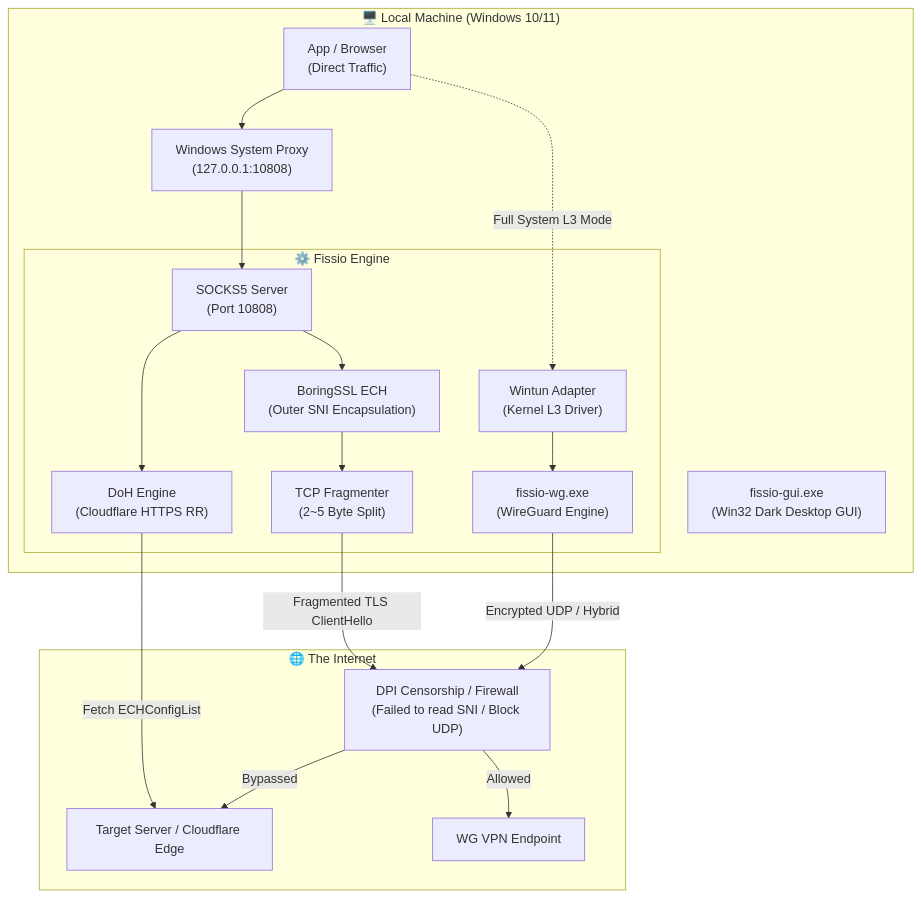
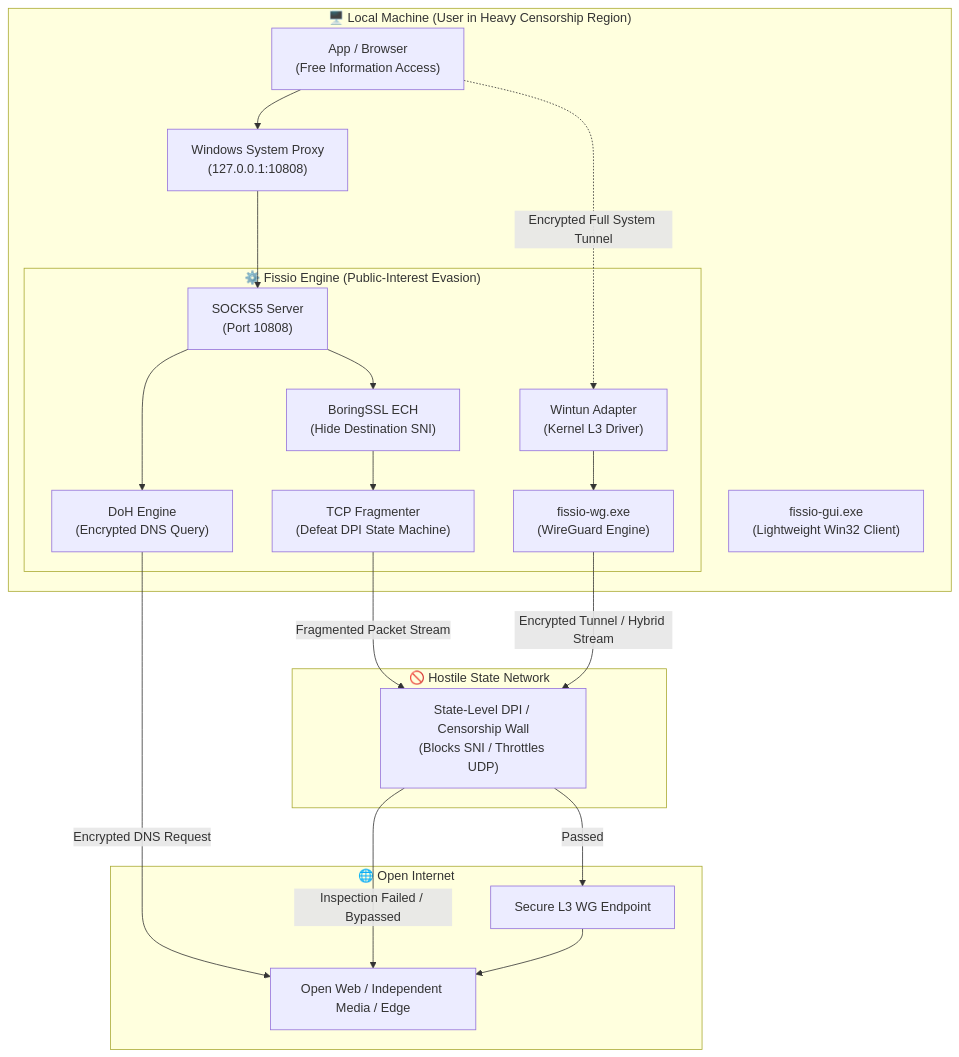
Before and after one commit to klasjd/project_Fissio: the diagram in README.md, drawn with Mermaid. The commit also changed other lines of this file, not shown here.

Commit message:
Update README: Focus on public-interest anti-censorship mission

````diff
--- a/README.md
+++ b/README.md
@@ -73,37 +77,41 @@
 ```mermaid
 flowchart TD
-    subgraph Client ["🖥️ Local Machine (Windows 10/11)"]
-        Browser["App / Browser\n(Direct Traffic)"]
+    subgraph Client ["🖥️ Local Machine (User in Heavy Censorship Region)"]
+        Browser["App / Browser\n(Free Information Access)"]
         WinProxy["Windows System Proxy\n(127.0.0.1:10808)"]
-        FissioGui["fissio-gui.exe\n(Win32 Dark Desktop GUI)"]
+        FissioGui["fissio-gui.exe\n(Lightweight Win32 Client)"]
         
-        subgraph FissioCore ["⚙️ Fissio Engine"]
+        subgraph FissioCore ["⚙️ Fissio Engine (Public-Interest Evasion)"]
             Socks5["SOCKS5 Server\n(Port 10808)"]
-            DoH["DoH Engine\n(Cloudflare HTTPS RR)"]
-            Boring["BoringSSL ECH\n(Outer SNI Encapsulation)"]
-            Frag["TCP Fragmenter\n(2~5 Byte Split)"]
+            DoH["DoH Engine\n(Encrypted DNS Query)"]
+            Boring["BoringSSL ECH\n(Hide Destination SNI)"]
+            Frag["TCP Fragmenter\n(Defeat DPI State Machine)"]
             WGEngine["fissio-wg.exe\n(WireGuard Engine)"]
             Wintun["Wintun Adapter\n(Kernel L3 Driver)"]
         end
     end
 
-    subgraph Internet ["🌐 The Internet"]
-        DPI["DPI Censorship / Firewall\n(Failed to read SNI / Block UDP)"]
-        TargetWeb["Target Server / Cloudflare Edge"]
-        VpnServer["WG VPN Endpoint"]
+    subgraph SurveillanceZone ["🚫 Hostile State Network"]
+        DPI["State-Level DPI / Censorship Wall\n(Blocks SNI / Throttles UDP)"]
+    end
+
+    subgraph FreeInternet ["🌐 Open Internet"]
+        TargetWeb["Open Web / Independent Media / Edge"]
+        VpnServer["Secure L3 WG Endpoint"]
     end
 
     Browser --> WinProxy
     WinProxy --> Socks5
     Socks5 --> DoH
-    DoH -->|Fetch ECHConfigList| TargetWeb
+    DoH -->|Encrypted DNS Request| TargetWeb
     Socks5 --> Boring
     Boring --> Frag
-    Frag -->|Fragmented TLS ClientHello| DPI
-    DPI -->|Bypassed| TargetWeb
+    Frag -->|Fragmented Packet Stream| DPI
+    DPI -->|Inspection Failed / Bypassed| TargetWeb
 
-    Browser -.->|Full System L3 Mode| Wintun
+    Browser -.->|Encrypted Full System Tunnel| Wintun
     Wintun --> WGEngine
-    WGEngine -->|Encrypted UDP / Hybrid| DPI
-    DPI -->|Allowed| VpnServer
+    WGEngine -->|Encrypted Tunnel / Hybrid Stream| DPI
+    DPI -->|Passed| VpnServer
+    VpnServer --> TargetWeb
 ```
````
